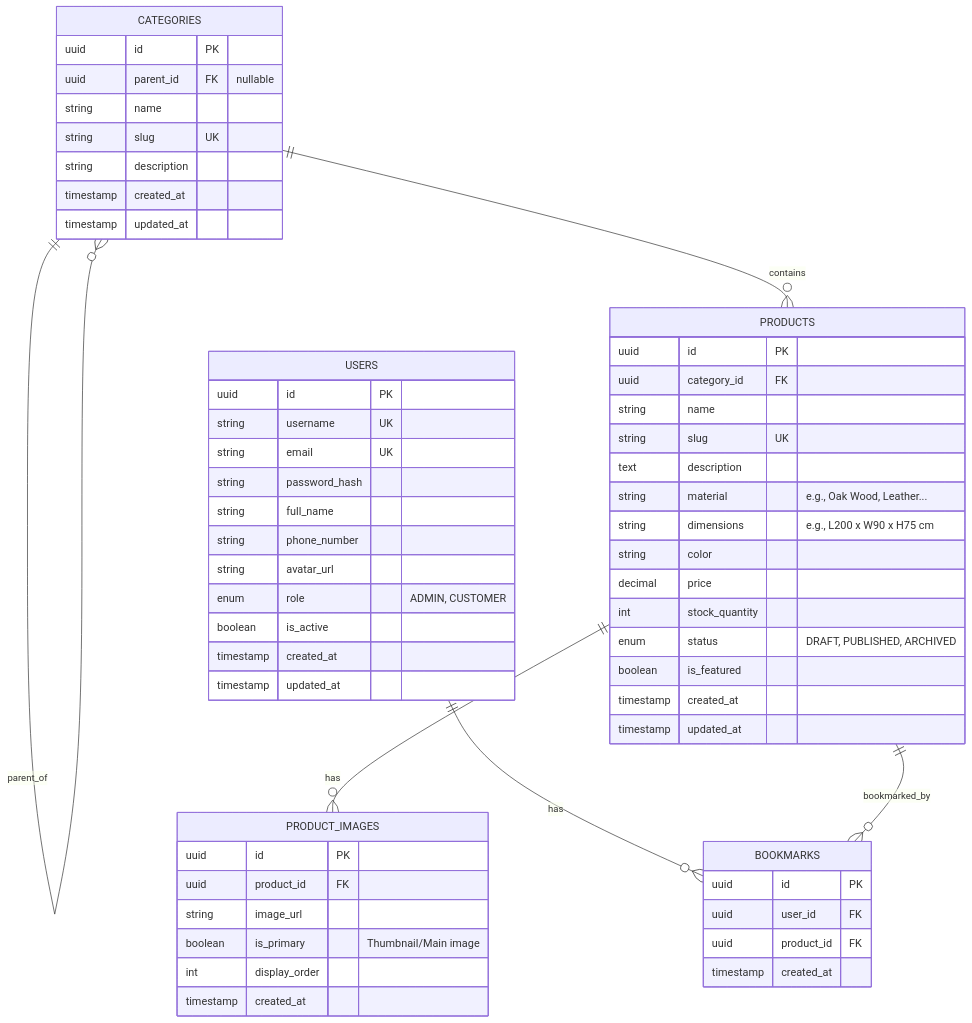
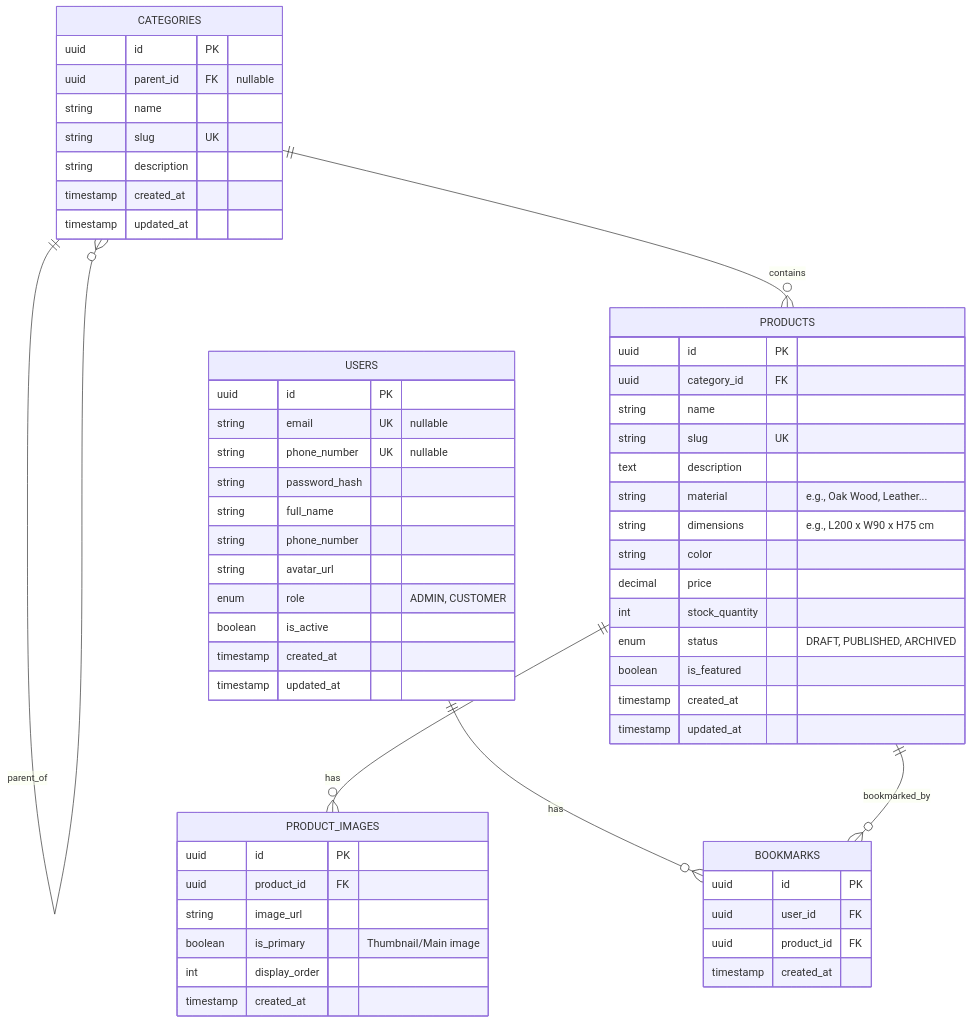
The diagram in docs/database-schema.md (daFoggo/kl-interiors-be), drawn with Mermaid before and after one commit. The commit also changed other lines of this file and 15 other files, not shown here.

````diff
--- a/docs/database-schema.md
+++ b/docs/database-schema.md
@@ -7,65 +7,65 @@
 ```mermaid
 erDiagram
     USERS ||--o{ BOOKMARKS : "has"
     CATEGORIES ||--o{ CATEGORIES : "parent_of"
     CATEGORIES ||--o{ PRODUCTS : "contains"
     PRODUCTS ||--o{ PRODUCT_IMAGES : "has"
     PRODUCTS ||--o{ BOOKMARKS : "bookmarked_by"
 
     USERS {
         uuid id PK
-        string username UK
-        string email UK
+        string email UK "nullable"
+        string phone_number UK "nullable"
         string password_hash
         string full_name
         string phone_number
         string avatar_url
         enum role "ADMIN, CUSTOMER"
         boolean is_active
         timestamp created_at
         timestamp updated_at
     }
 
     CATEGORIES {
         uuid id PK
         uuid parent_id FK "nullable"
         string name
         string slug UK
         string description
         timestamp created_at
         timestamp updated_at
     }
 
     PRODUCTS {
         uuid id PK
         uuid category_id FK
         string name
         string slug UK
         text description
         string material "e.g., Oak Wood, Leather..."
         string dimensions "e.g., L200 x W90 x H75 cm"
         string color
         decimal price
         int stock_quantity
         enum status "DRAFT, PUBLISHED, ARCHIVED"
         boolean is_featured
         timestamp created_at
         timestamp updated_at
     }
 
     PRODUCT_IMAGES {
         uuid id PK
         uuid product_id FK
         string image_url
         boolean is_primary "Thumbnail/Main image"
         int display_order
         timestamp created_at
     }
 
     BOOKMARKS {
         uuid id PK
         uuid user_id FK
         uuid product_id FK
         timestamp created_at
     }
 ```
````
